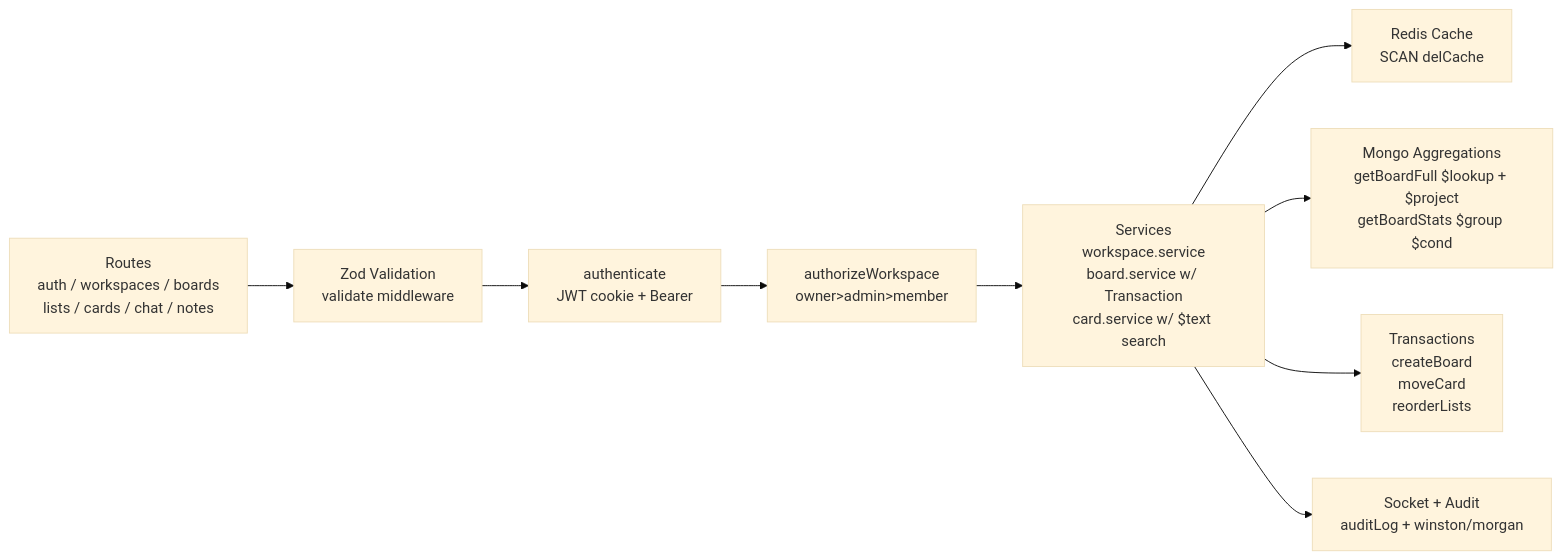
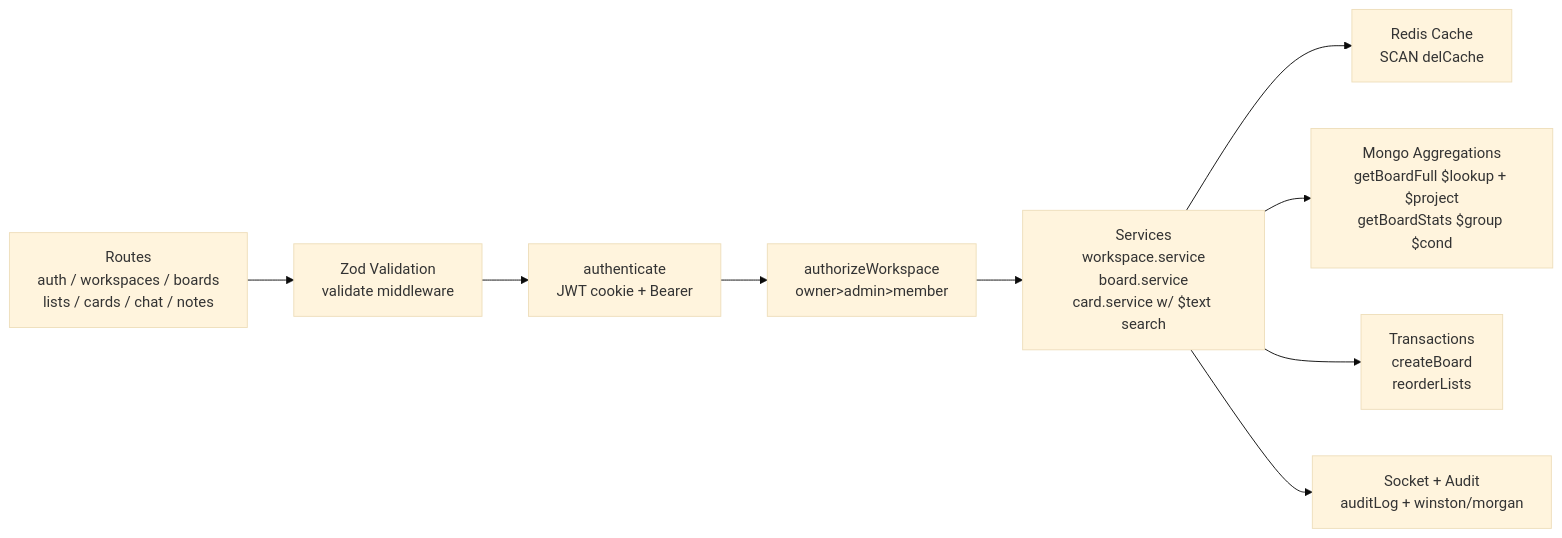
One commit to ayushdhiman7/flow changed the third of 4 diagrams in docs/architecture.md. Above: the diagram before and after it, drawn with Mermaid (base theme). The commit also changed other lines of this file and 5 other files, not shown here.

````diff
--- a/docs/architecture.md
+++ b/docs/architecture.md
@@ -87,18 +82,18 @@
 ```mermaid
 graph LR
     Routes["Routes<br/>auth / workspaces / boards<br/>lists / cards / chat / notes"]
     Validation["Zod Validation<br/>validate middleware"]
     Auth["authenticate<br/>JWT cookie + Bearer"]
     RBAC["authorizeWorkspace<br/>owner>admin>member"]
-    Service["Services<br/>workspace.service<br/>board.service w/ Transaction<br/>card.service w/ $text search"]
+    Service["Services<br/>workspace.service<br/>board.service<br/>card.service w/ $text search"]
     Cache["Redis Cache<br/>SCAN delCache"]
     Aggregation["Mongo Aggregations<br/>getBoardFull $lookup + $project<br/>getBoardStats $group $cond"]
-    Transaction["Transactions<br/>createBoard<br/>moveCard<br/>reorderLists"]
+    Transaction["Transactions<br/>createBoard<br/>reorderLists"]
     SocketLayer["Socket + Audit<br/>auditLog + winston/morgan"]
 
     Routes --> Validation --> Auth --> RBAC --> Service
     Service --> Cache
     Service --> Aggregation
     Service --> Transaction
     Service --> SocketLayer
 ```
````
